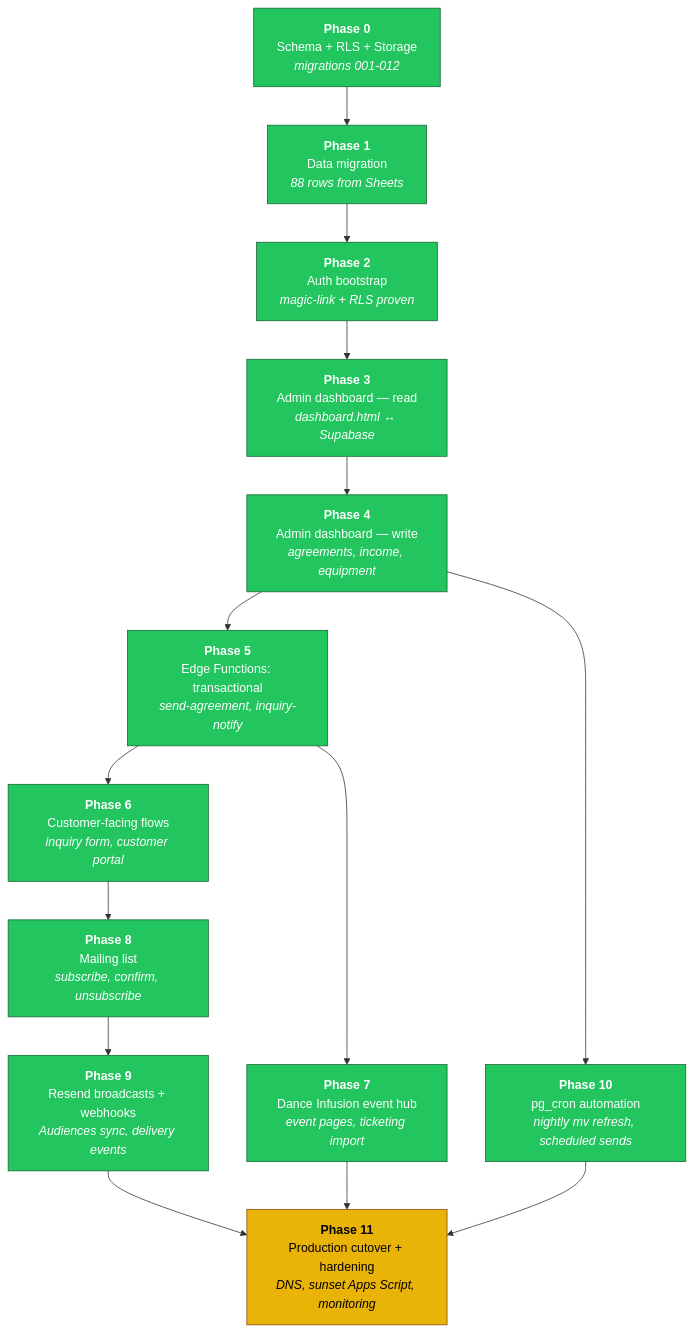
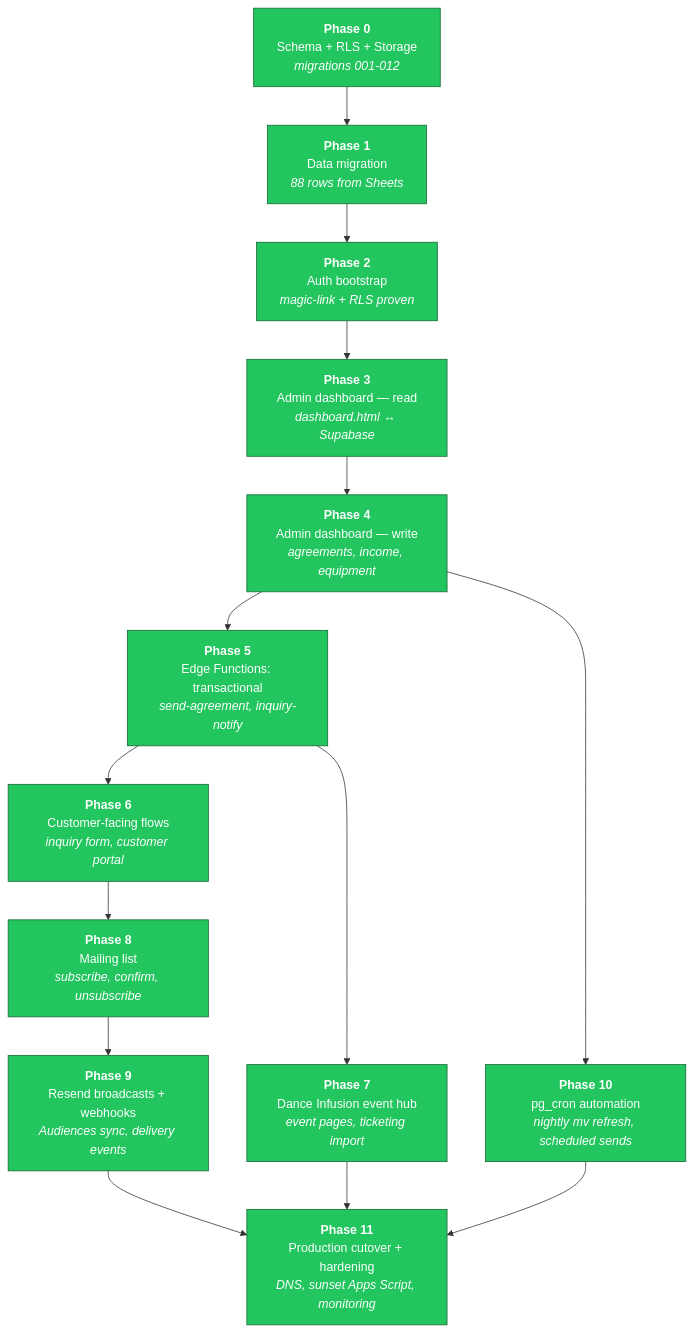
The first of 2 diagrams in ROADMAP.md (Berkythe4/comewith), drawn with Mermaid before and after one commit. The commit also changed other lines of this file and 1 other file, not shown here.

````diff
--- a/ROADMAP.md
+++ b/ROADMAP.md
@@ -21,32 +22,31 @@
 ```mermaid
 flowchart TD
     classDef done fill:#22c55e,stroke:#166534,color:#fff
     classDef next fill:#eab308,stroke:#854d0e,color:#000
     classDef planned fill:#94a3b8,stroke:#1e293b,color:#fff
 
     P0["<b>Phase 0</b><br/>Schema + RLS + Storage<br/><i>migrations 001-012</i>"]
     P1["<b>Phase 1</b><br/>Data migration<br/><i>88 rows from Sheets</i>"]
     P2["<b>Phase 2</b><br/>Auth bootstrap<br/><i>magic-link + RLS proven</i>"]
     P3["<b>Phase 3</b><br/>Admin dashboard — read<br/><i>dashboard.html ↔ Supabase</i>"]
     P4["<b>Phase 4</b><br/>Admin dashboard — write<br/><i>agreements, income, equipment</i>"]
     P5["<b>Phase 5</b><br/>Edge Functions: transactional<br/><i>send-agreement, inquiry-notify</i>"]
     P6["<b>Phase 6</b><br/>Customer-facing flows<br/><i>inquiry form, customer portal</i>"]
     P7["<b>Phase 7</b><br/>Dance Infusion event hub<br/><i>event pages, ticketing import</i>"]
     P8["<b>Phase 8</b><br/>Mailing list<br/><i>subscribe, confirm, unsubscribe</i>"]
     P9["<b>Phase 9</b><br/>Resend broadcasts + webhooks<br/><i>Audiences sync, delivery events</i>"]
     P10["<b>Phase 10</b><br/>pg_cron automation<br/><i>nightly mv refresh, scheduled sends</i>"]
     P11["<b>Phase 11</b><br/>Production cutover + hardening<br/><i>DNS, sunset Apps Script, monitoring</i>"]
 
     P0 --> P1 --> P2 --> P3 --> P4 --> P5
     P5 --> P6
     P5 --> P7
     P6 --> P8
     P8 --> P9
     P4 --> P10
     P9 --> P11
     P10 --> P11
     P7 --> P11
 
-    class P0,P1,P2,P3,P4,P5,P6,P7,P8,P9,P10 done
-    class P11 next
+    class P0,P1,P2,P3,P4,P5,P6,P7,P8,P9,P10,P11 done
 ```
````
